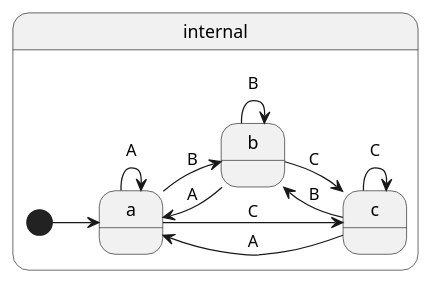
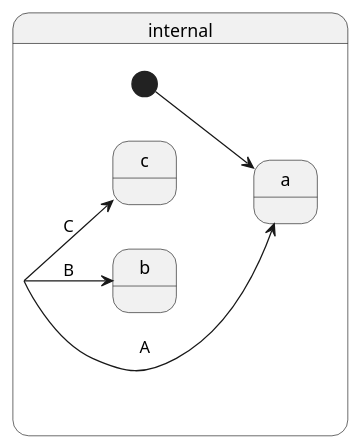
Before and after one commit to lucmartens/xstate-plantuml: the diagram in examples/internal.puml, drawn with PlantUML. The commit also changed 13 other files, not shown here.

```diff
--- a/examples/internal.puml
+++ b/examples/internal.puml
@@ -1,24 +1,18 @@
 @startuml
 left to right direction
 state "internal" as internal {
   [*] --> internal.a
 
+  internal --> internal.a : A
+  internal --> internal.b : B
+  internal --> internal.c : C
   state "a" as internal.a {
-    internal.a --> internal.a : A
-    internal.a --> internal.b : B
-    internal.a --> internal.c : C
   }
 
   state "b" as internal.b {
-    internal.b --> internal.a : A
-    internal.b --> internal.b : B
-    internal.b --> internal.c : C
   }
 
   state "c" as internal.c {
-    internal.c --> internal.a : A
-    internal.c --> internal.b : B
-    internal.c --> internal.c : C
   }
 }
 @enduml
```
